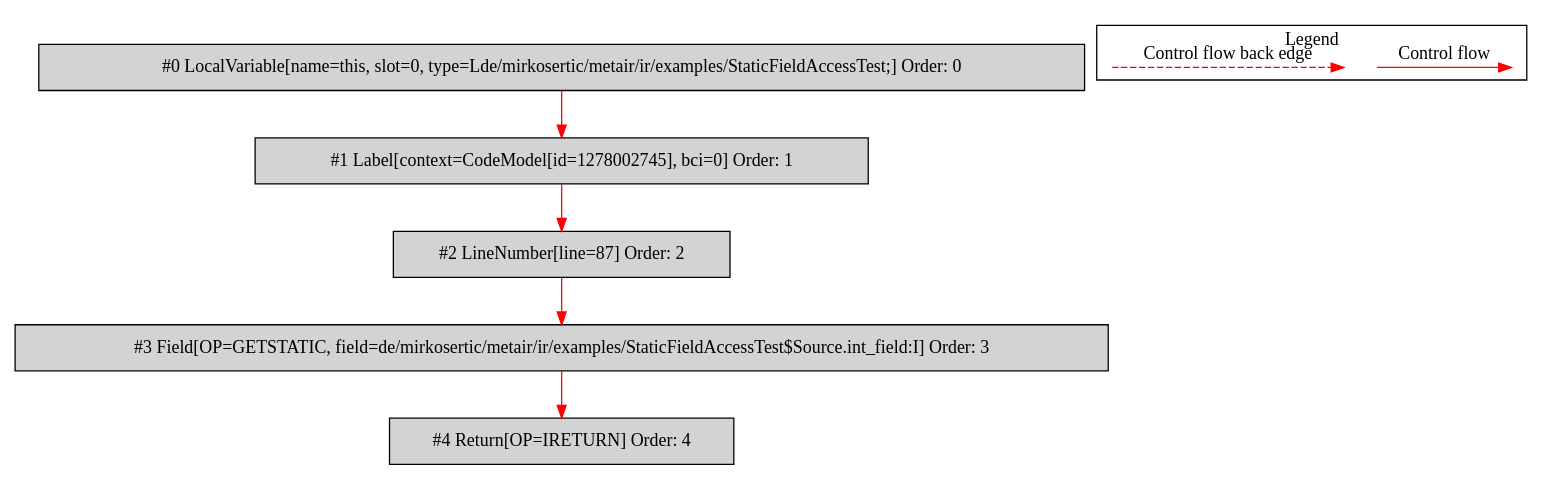
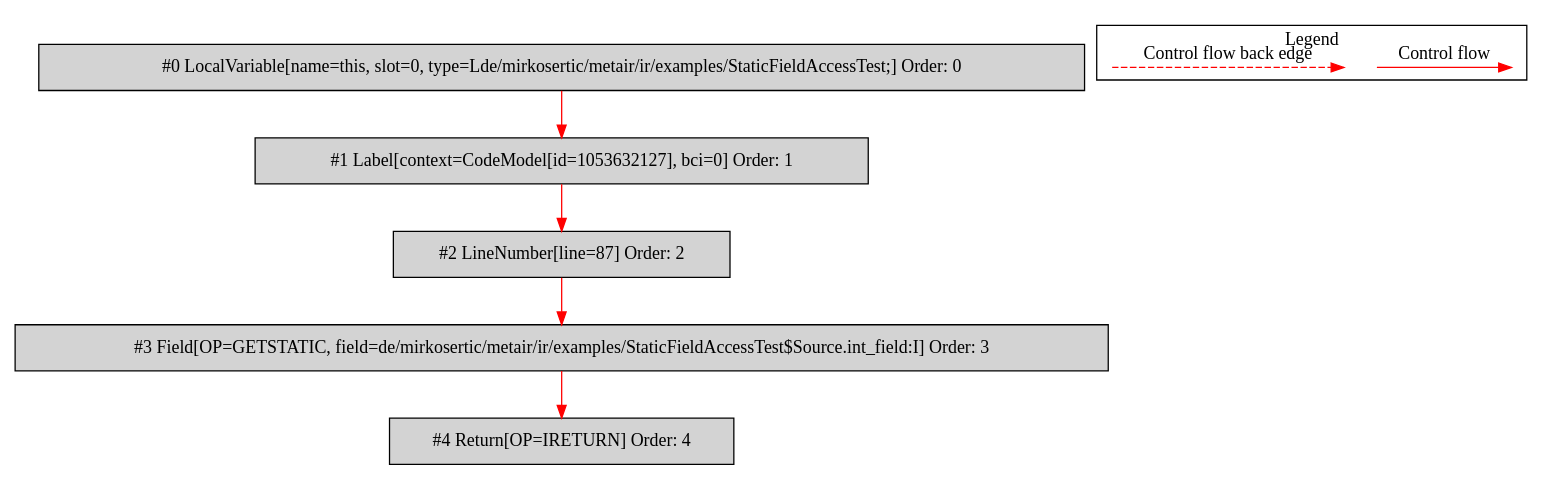
Before and after one commit to mirkosertic/MetaIR: the diagram in de.mirkosertic.metair.ir.examples.StaticFieldAccessTest/return_int/bytecodecfg.dot, drawn with Graphviz. The commit also changed 1455 other files, not shown here.

```diff
--- a/de.mirkosertic.metair.ir.examples.StaticFieldAccessTest/return_int/bytecodecfg.dot
+++ b/de.mirkosertic.metair.ir.examples.StaticFieldAccessTest/return_int/bytecodecfg.dot
@@ -1,26 +1,26 @@
 digraph {
  ordering="in";
  node0[label="#0 LocalVariable[name=this, slot=0, type=Lde/mirkosertic/metair/ir/examples/StaticFieldAccessTest;] Order: 0", shape=box, fillcolor=lightgrey, style=filled];
- node1[label="#1 Label[context=CodeModel[id=1278002745], bci=0] Order: 1", shape=box, fillcolor=lightgrey, style=filled];
+ node1[label="#1 Label[context=CodeModel[id=1053632127], bci=0] Order: 1", shape=box, fillcolor=lightgrey, style=filled];
  node2[label="#2 LineNumber[line=87] Order: 2", shape=box, fillcolor=lightgrey, style=filled];
  node3[label="#3 Field[OP=GETSTATIC, field=de/mirkosertic/metair/ir/examples/StaticFieldAccessTest$Source.int_field:I] Order: 3", shape=box, fillcolor=lightgrey, style=filled];
  node4[label="#4 Return[OP=IRETURN] Order: 4", shape=box, fillcolor=lightgrey, style=filled];
  node0 -> node1[color=red];
  node1 -> node2[color=red];
  node2 -> node3[color=red];
  node3 -> node4[color=red];
  subgraph cluster_000 {
   label = "Legend";
   node [shape=point]
   {
    rank=same;
    c0 [style = invis];
    c1 [style = invis];
    c2 [style = invis];
    c3 [style = invis];
   }
   c0 -> c1 [label="Control flow", style=solid, color=red]
   c2 -> c3 [label="Control flow back edge", style=dashed, color=red]
  }
 
 }
```
